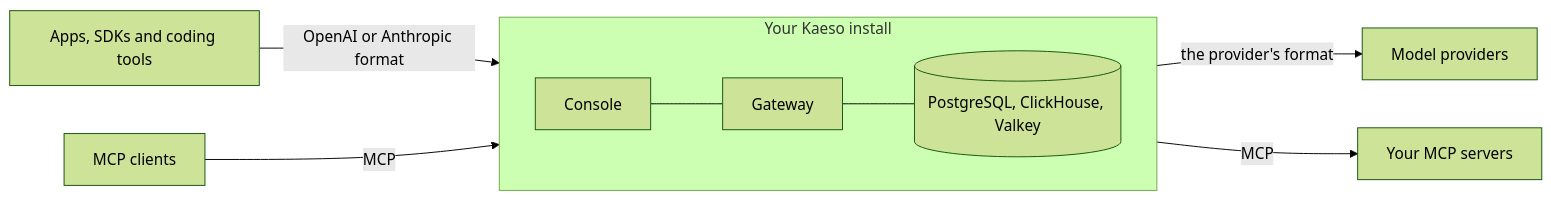
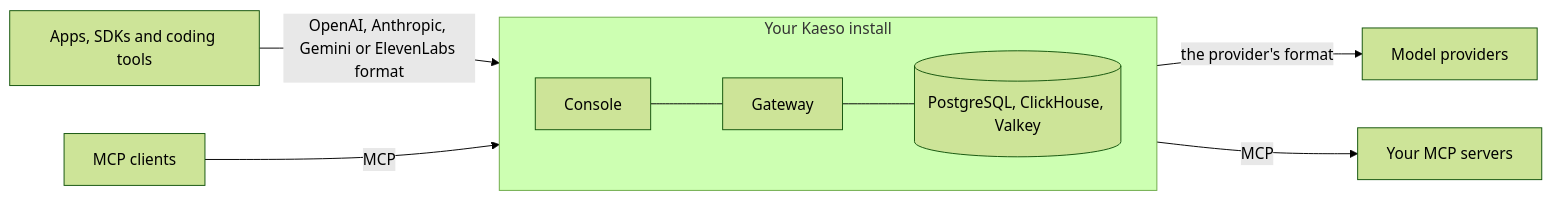
The diagram in README.md (logicplanes/kaeso), drawn with Mermaid (forest theme) before and after one commit. The commit also changed other lines of this file and 44 other files, not shown here.

````diff
--- a/README.md
+++ b/README.md
@@ -114,21 +114,21 @@
 ```mermaid
 flowchart LR
   accTitle: How Kaeso sits between apps and providers
-  accDescr: Apps, SDKs and coding tools call the gateway in the OpenAI or Anthropic format, and MCP clients call its MCP portal. The gateway resolves the model, checks rights and limits, calls the provider in its own format, and writes usage and logs to PostgreSQL, ClickHouse and Valkey, which the console reads.
+  accDescr: Apps, SDKs and coding tools call the gateway in the OpenAI, Anthropic, Gemini or ElevenLabs format, and MCP clients call its MCP portal. The gateway resolves the model, checks rights and limits, calls the provider in its own format, and writes usage and logs to PostgreSQL, ClickHouse and Valkey, which the console reads.
   apps[Apps, SDKs and coding tools]:::outside
   mcp[MCP clients]:::outside
   subgraph install [Your Kaeso install]
     direction LR
     gateway[Gateway]:::accent
     console[Console]
     data[(PostgreSQL, ClickHouse, Valkey)]
     gateway --- data
     console --- gateway
   end
   providers[Model providers]:::outside
   servers[Your MCP servers]:::outside
-  apps -- OpenAI or Anthropic format --> gateway
+  apps -- OpenAI, Anthropic, Gemini or ElevenLabs format --> gateway
   mcp -- MCP --> gateway
   gateway -- the provider's format --> providers
   gateway -- MCP --> servers
 ```
````
